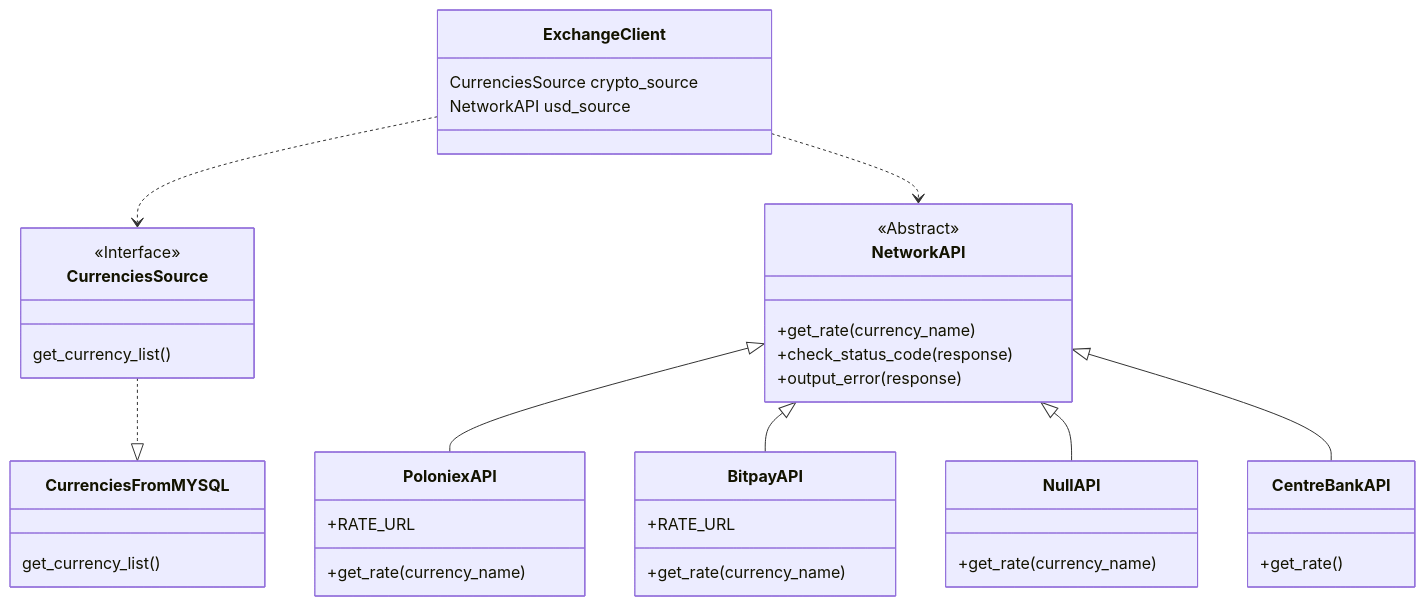
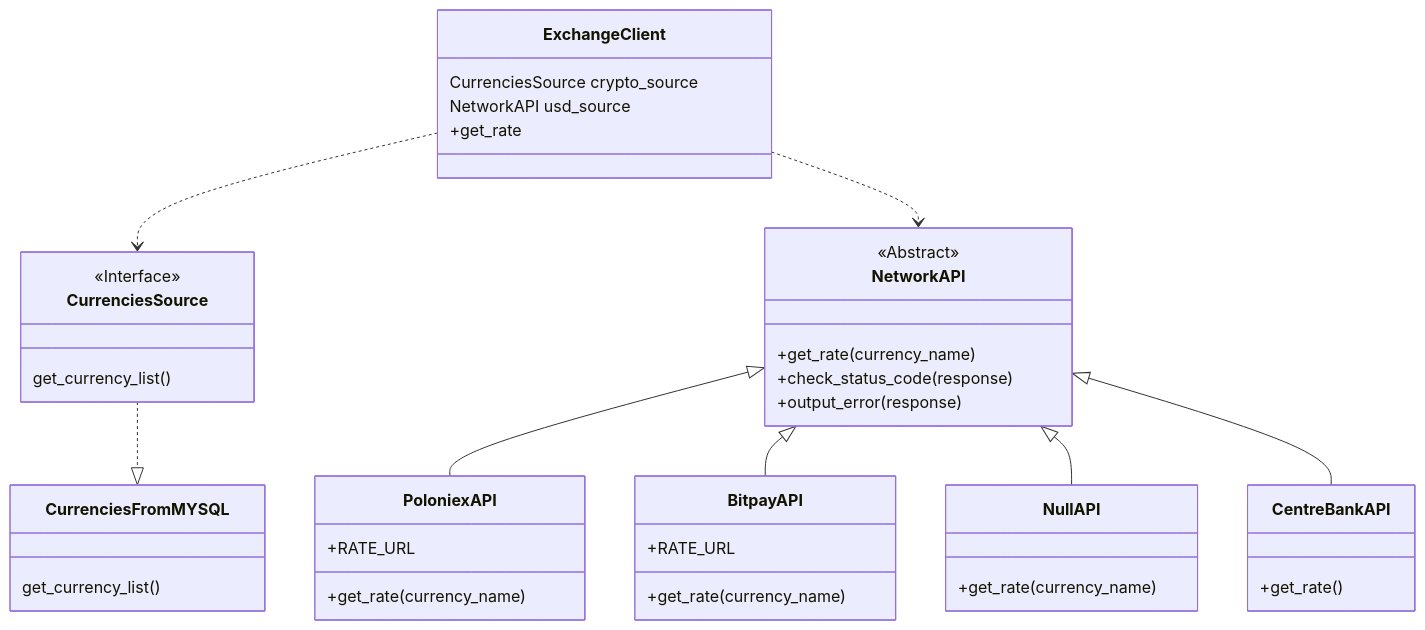
One commit to makeevnikita/Exchange changed the diagram in README.md. Above: the diagram before and after it, drawn with Mermaid.

````diff
--- a/README.md
+++ b/README.md
@@ -55,41 +55,42 @@
 ```mermaid
 classDiagram
 class NetworkAPI {
   <<Abstract>>
   +get_rate(currency_name)
   +check_status_code(response)
   +output_error(response)
 }
 class PoloniexAPI {
   +RATE_URL
   +get_rate(currency_name)
 }
 NetworkAPI <|-- PoloniexAPI
 class BitpayAPI {
   +RATE_URL
   +get_rate(currency_name)
 }
 NetworkAPI <|-- BitpayAPI
 class NullAPI {
   +get_rate(currency_name)
 }
 NetworkAPI <|-- NullAPI
 class ExchangeClient {
   CurrenciesSource crypto_source
   NetworkAPI usd_source
+  +get_rate
 }
 ExchangeClient ..> CurrenciesSource
 ExchangeClient ..> NetworkAPI
 class CurrenciesSource {
   <<Interface>>
   get_currency_list()
 }
 class CurrenciesFromMYSQL {
   get_currency_list()
 }
 CurrenciesSource ..|> CurrenciesFromMYSQL 
 class CentreBankAPI {
   +get_rate()
 }
 NetworkAPI <|-- CentreBankAPI
 ```
````
